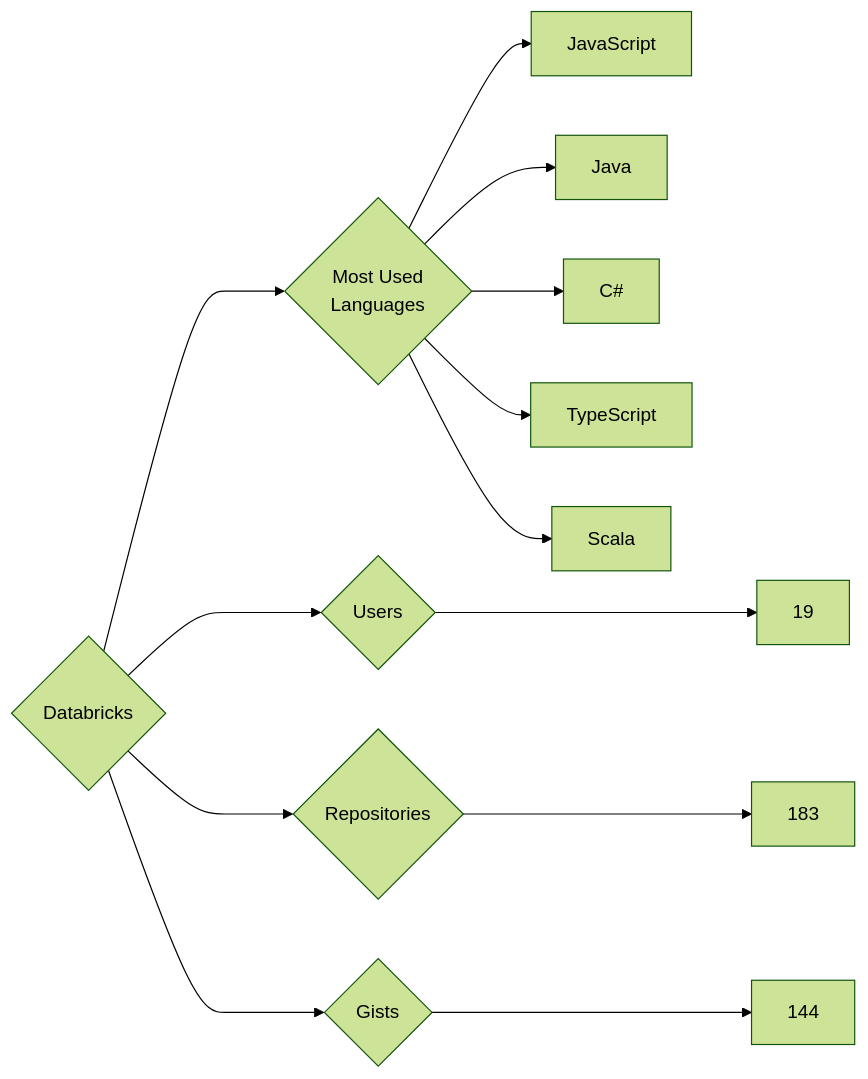
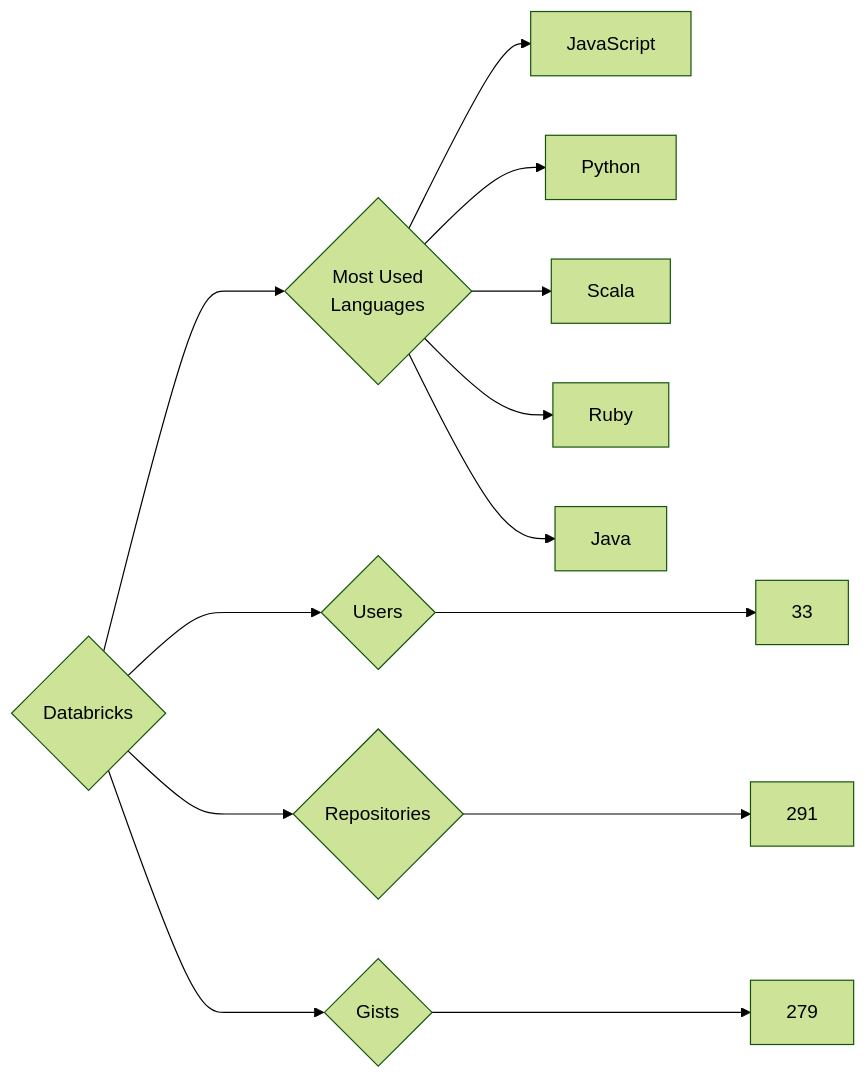
Before and after one commit to trickest/insiders: the diagram in targets/Databricks/README.md, drawn with Mermaid (forest theme). The commit also changed 765 other files, not shown here.

````diff
--- a/targets/Databricks/README.md
+++ b/targets/Databricks/README.md
@@ -3,13 +3,13 @@
 ```mermaid
 graph LR
 COMPANY_NAME{Databricks}
-COMPANY_NAME ---> U{Users} ---> UN[19]
-COMPANY_NAME ---> R{Repositories} ---> RN[183]
-COMPANY_NAME ---> G{Gists} ---> GN[144]
+COMPANY_NAME ---> U{Users} ---> UN[33]
+COMPANY_NAME ---> R{Repositories} ---> RN[291]
+COMPANY_NAME ---> G{Gists} ---> GN[279]
 COMPANY_NAME ---> ML{Most Used<br>Languages}
 ML --> JavaScript[JavaScript]
+ML --> Python[Python]
+ML --> Scala[Scala]
+ML --> Ruby[Ruby]
 ML --> Java[Java]
-ML --> C#[C#]
-ML --> TypeScript[TypeScript]
-ML --> Scala[Scala]
 ```
````
